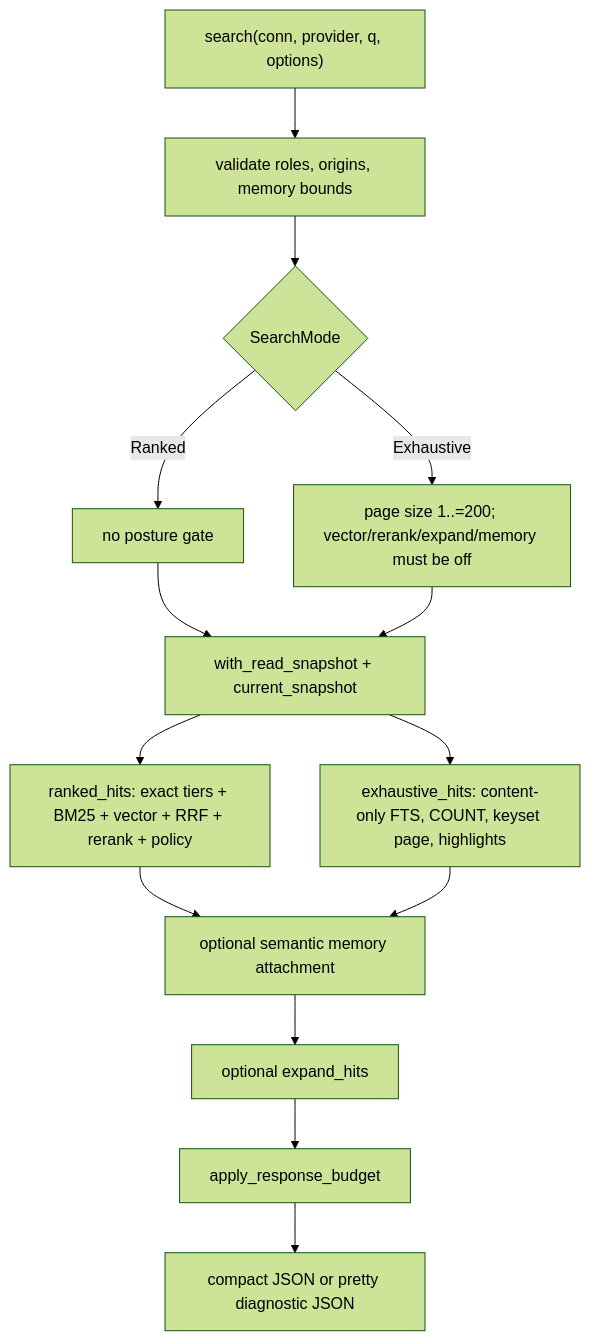
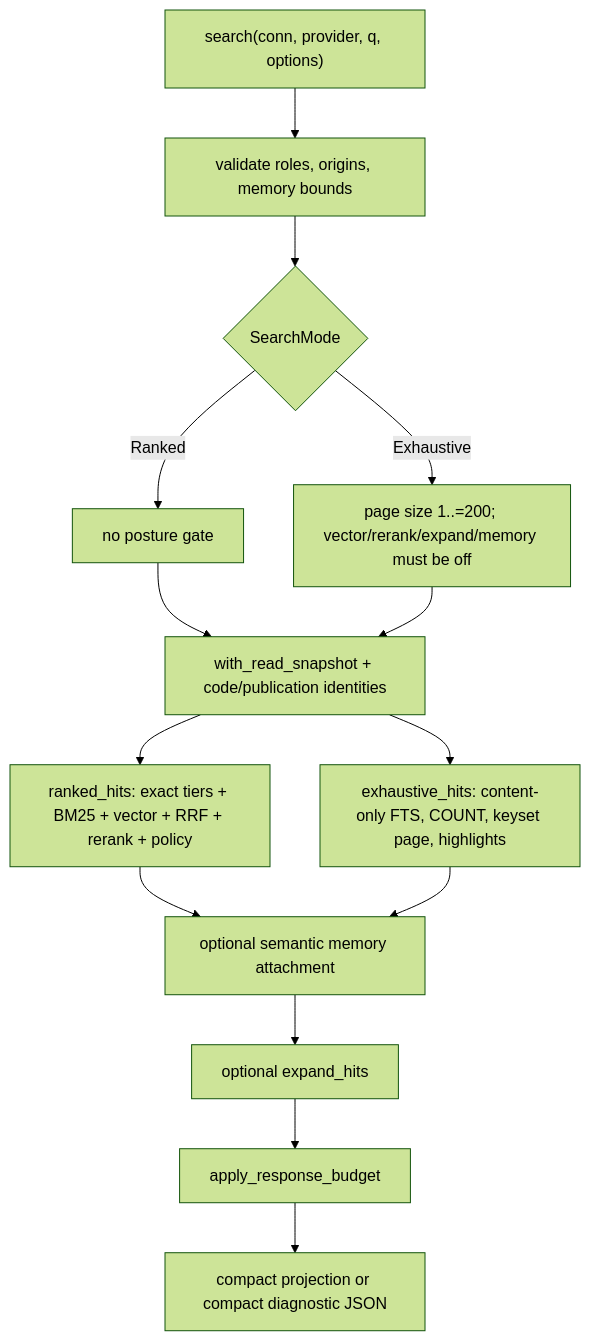
The first of 2 diagrams in docs/codebase-analysis/10-code-retrieval.md (iantocristian/jscout), drawn with Mermaid (forest theme) before and after one commit. The commit also changed other lines of this file and 10 other files, not shown here.

Commit message:
docs: refresh architecture analysis for plane identities

````diff
--- a/docs/codebase-analysis/10-code-retrieval.md
+++ b/docs/codebase-analysis/10-code-retrieval.md
@@ -13,16 +13,16 @@
 ```mermaid
 flowchart TD
   ENTRY["search(conn, provider, q, options)"] --> VAL["validate roles, origins, memory bounds"]
   VAL --> MODE{"SearchMode"}
   MODE -->|"Ranked"| GATE0["no posture gate"]
   MODE -->|"Exhaustive"| GATE1["page size 1..=200; vector/rerank/expand/memory must be off"]
-  GATE0 --> SNAP["with_read_snapshot + current_snapshot"]
+  GATE0 --> SNAP["with_read_snapshot + code/publication identities"]
   GATE1 --> SNAP
   SNAP --> RANKED["ranked_hits: exact tiers + BM25 + vector + RRF + rerank + policy"]
   SNAP --> EXH["exhaustive_hits: content-only FTS, COUNT, keyset page, highlights"]
   RANKED --> MEM["optional semantic memory attachment"]
   EXH --> MEM
   MEM --> EXP["optional expand_hits"]
   EXP --> BUD["apply_response_budget"]
-  BUD --> OUT["compact JSON or pretty diagnostic JSON"]
+  BUD --> OUT["compact projection or compact diagnostic JSON"]
 ```
````
